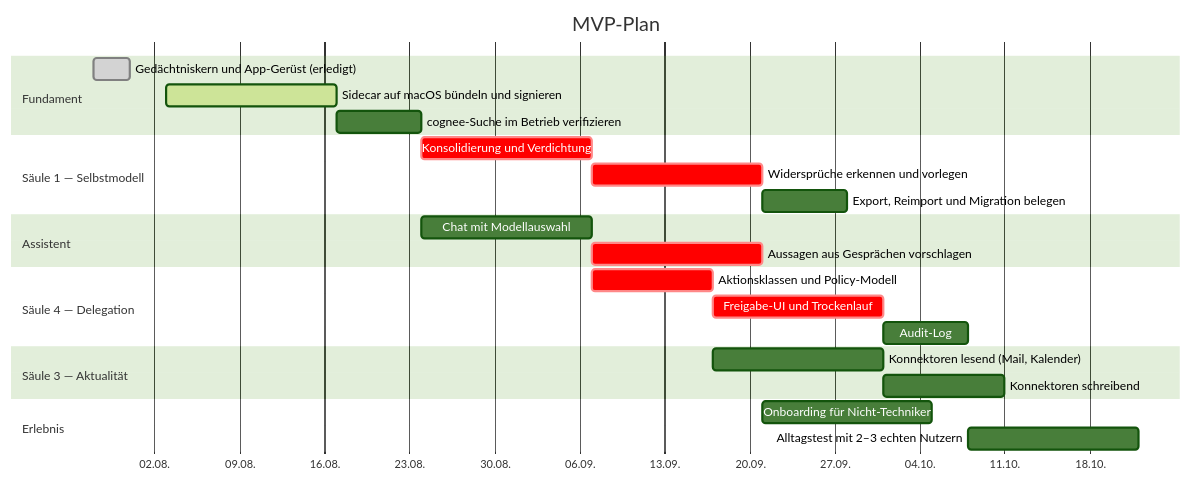
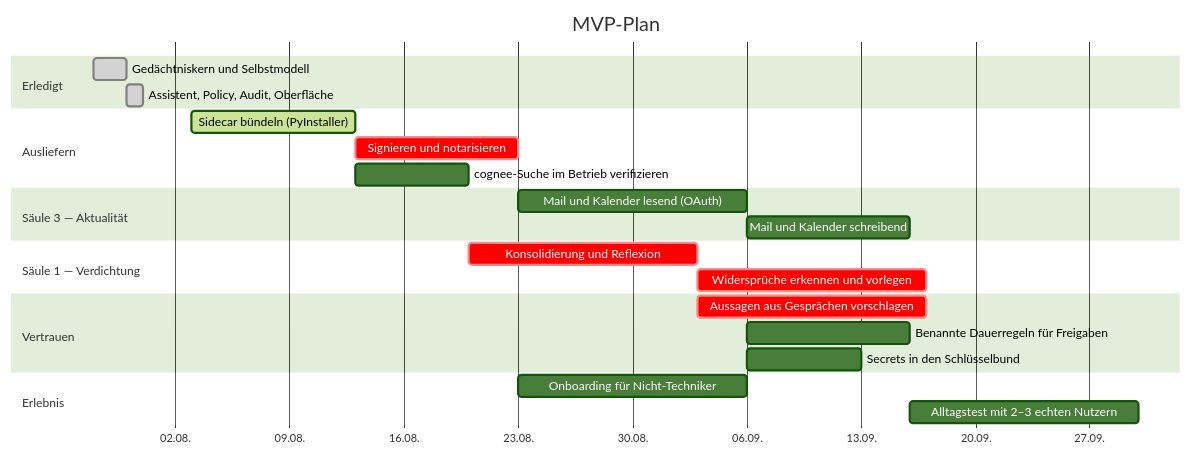
One commit to Icarus-health/Icarus changed the diagram in docs/04-roadmap.md. Above: the diagram before and after it, drawn with Mermaid (forest theme). The commit also changed other lines of this file and 14 other files, not shown here.

First line of the commit message:
Assistent, Freigabe-Layer und Werkzeuge: alle vier Säulen tragen

````diff
--- a/docs/04-roadmap.md
+++ b/docs/04-roadmap.md
@@ -11,33 +18,32 @@
 ```mermaid
 gantt
     title MVP-Plan
     dateFormat  YYYY-MM-DD
     axisFormat  %d.%m.
 
-    section Fundament
-    Gedächtniskern und App-Gerüst (erledigt) :done,    f1, 2026-07-28, 3d
-    Sidecar auf macOS bündeln und signieren  :active,  f2, 2026-08-03, 14d
-    cognee-Suche im Betrieb verifizieren     :         f3, after f2, 7d
+    section Erledigt
+    Gedächtniskern und Selbstmodell          :done,    f1, 2026-07-28, 2d
+    Assistent, Policy, Audit, Oberfläche     :done,    f2, 2026-07-30, 1d
 
-    section Säule 1 — Selbstmodell
-    Konsolidierung und Verdichtung           :crit,    s1, after f3, 14d
-    Widersprüche erkennen und vorlegen       :crit,    s2, after s1, 14d
-    Export, Reimport und Migration belegen   :         s3, after s2, 7d
-
-    section Assistent
-    Chat mit Modellauswahl                   :         c1, after f3, 14d
-    Aussagen aus Gesprächen vorschlagen      :crit,    c2, after c1, 14d
-
-    section Säule 4 — Delegation
-    Aktionsklassen und Policy-Modell         :crit,    d1, after c1, 10d
-    Freigabe-UI und Trockenlauf              :crit,    d2, after d1, 14d
-    Audit-Log                                :         d3, after d2, 7d
+    section Ausliefern
+    Sidecar bündeln (PyInstaller)            :active,  p1, 2026-08-03, 10d
+    Signieren und notarisieren               :crit,    p2, after p1, 10d
+    cognee-Suche im Betrieb verifizieren     :         p3, after p1, 7d
 
     section Säule 3 — Aktualität
-    Konnektoren lesend (Mail, Kalender)      :         a1, after d1, 14d
-    Konnektoren schreibend                   :         a2, after d2, 10d
+    Mail und Kalender lesend (OAuth)         :         a1, after p2, 14d
+    Mail und Kalender schreibend             :         a2, after a1, 10d
+
+    section Säule 1 — Verdichtung
+    Konsolidierung und Reflexion             :crit,    s1, after p3, 14d
+    Widersprüche erkennen und vorlegen       :crit,    s2, after s1, 14d
+
+    section Vertrauen
+    Aussagen aus Gesprächen vorschlagen      :crit,    c2, after s1, 14d
+    Benannte Dauerregeln für Freigaben       :         d4, after a1, 10d
+    Secrets in den Schlüsselbund             :         d5, after a1, 7d
 
     section Erlebnis
-    Onboarding für Nicht-Techniker           :         e1, after c2, 14d
-    Alltagstest mit 2–3 echten Nutzern       :         e3, after d3, 14d
+    Onboarding für Nicht-Techniker           :         e1, after p2, 14d
+    Alltagstest mit 2–3 echten Nutzern       :         e3, after a2, 14d
 ```
````
